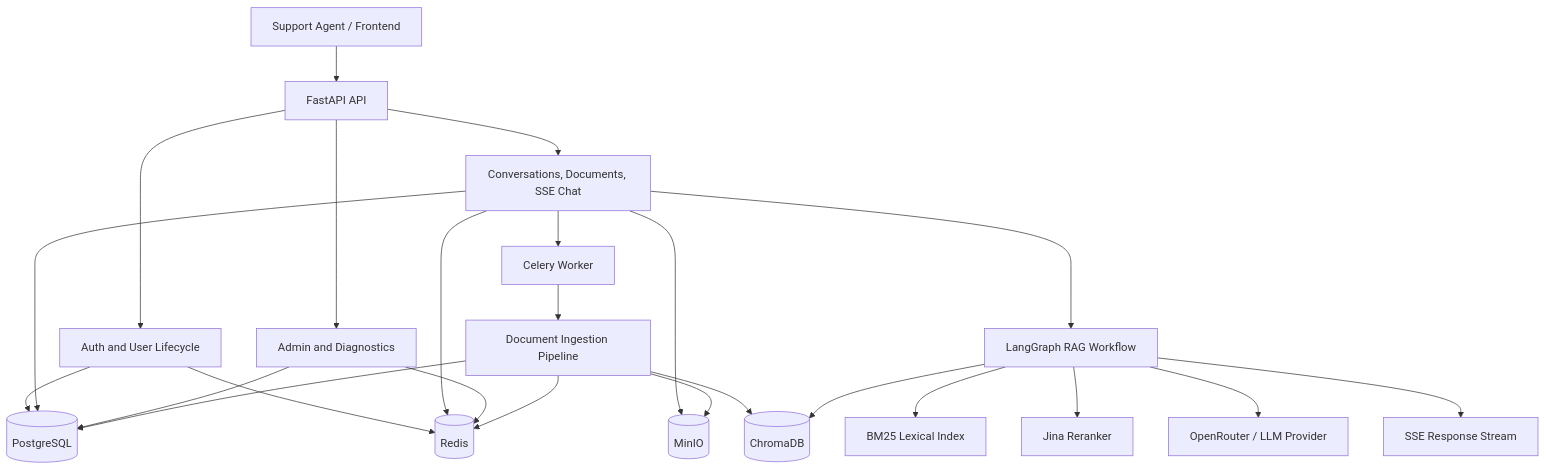
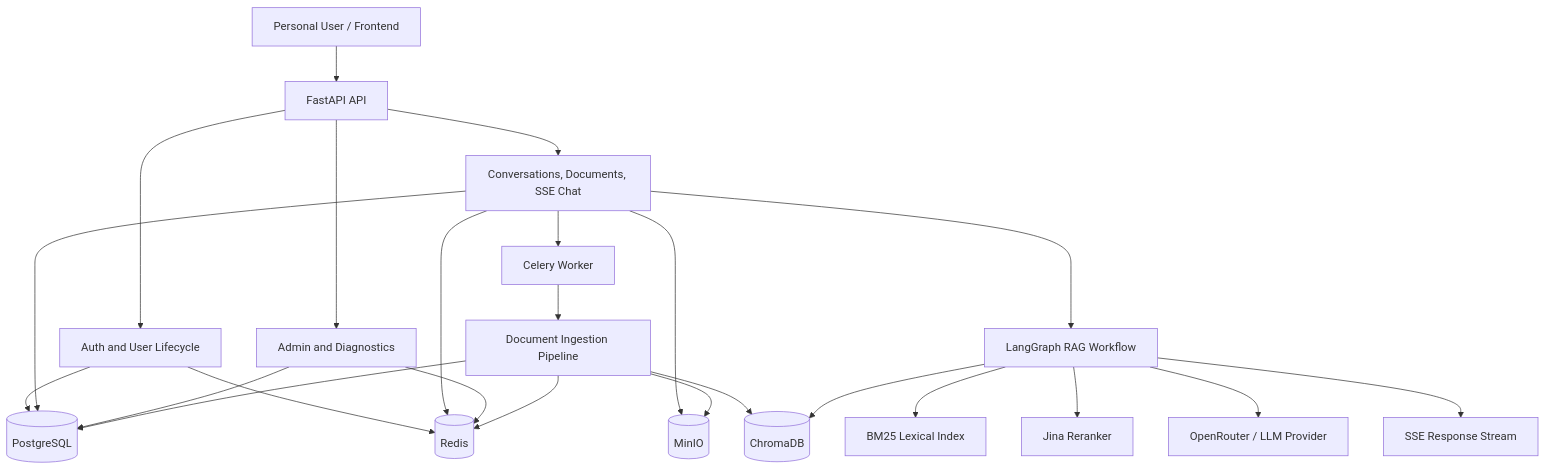
The first of 5 diagrams in docs/ARCHITECTURE_OVERVIEW.md (twilightt1/mindlayer), drawn with Mermaid before and after one commit. The commit also changed 11 other files, not shown here.

Commit message:
docs: refresh roadmap, demos, and backend reference content

````diff
--- a/docs/ARCHITECTURE_OVERVIEW.md
+++ b/docs/ARCHITECTURE_OVERVIEW.md
@@ -9,29 +9,29 @@
 ```mermaid
 graph TD
-    User[Support Agent / Frontend] --> API[FastAPI API]
+    User[Personal User / Frontend] --> API[FastAPI API]
     API --> Auth[Auth and User Lifecycle]
     API --> Chat[Conversations, Documents, SSE Chat]
     API --> Admin[Admin and Diagnostics]
 
     Auth --> Postgres[(PostgreSQL)]
     Auth --> Redis[(Redis)]
     Chat --> Postgres
     Chat --> Redis
     Chat --> MinIO[(MinIO)]
     Chat --> Celery[Celery Worker]
     Admin --> Postgres
     Admin --> Redis
 
     Celery --> Ingestion[Document Ingestion Pipeline]
     Ingestion --> MinIO
     Ingestion --> Postgres
     Ingestion --> Redis
     Ingestion --> Chroma[(ChromaDB)]
 
     Chat --> RAG[LangGraph RAG Workflow]
     RAG --> Chroma
     RAG --> BM25[BM25 Lexical Index]
     RAG --> Jina[Jina Reranker]
     RAG --> LLM[OpenRouter / LLM Provider]
     RAG --> SSE[SSE Response Stream]
 ```
````
